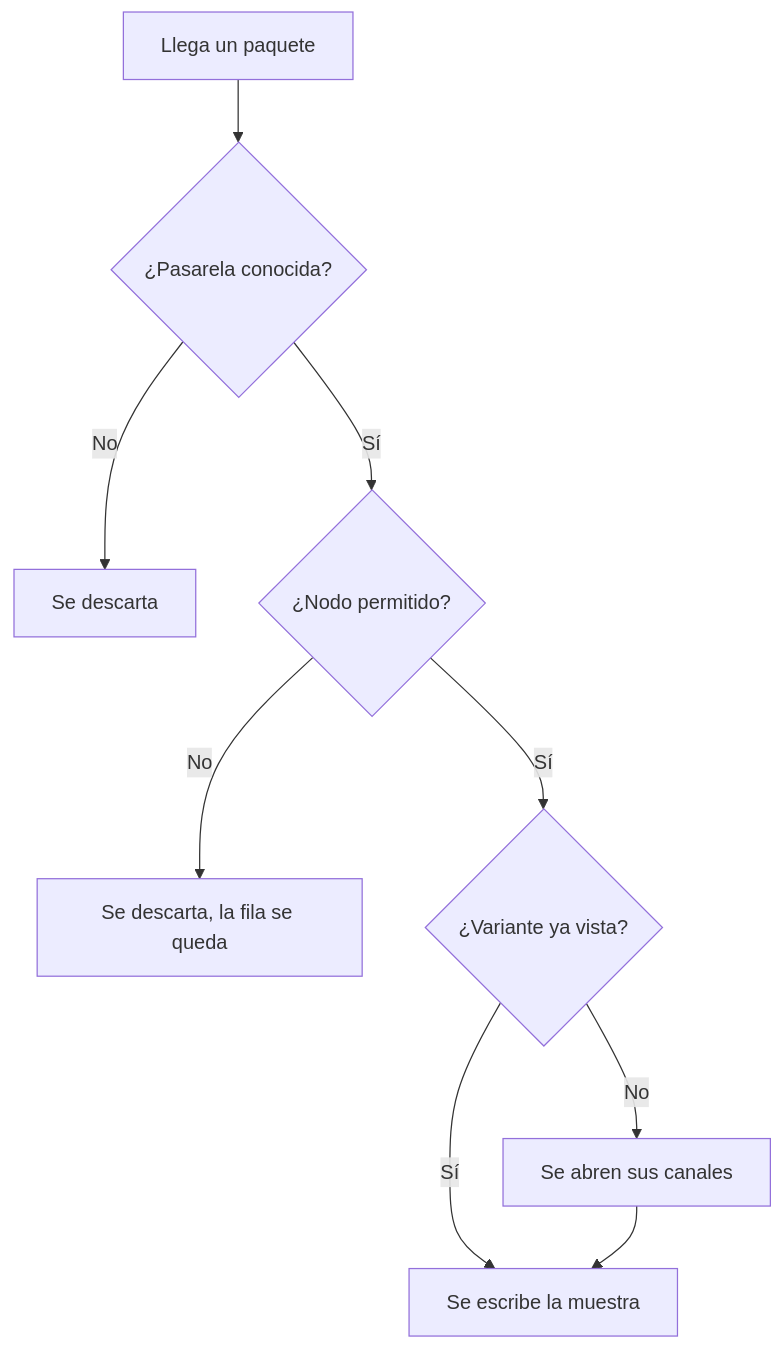
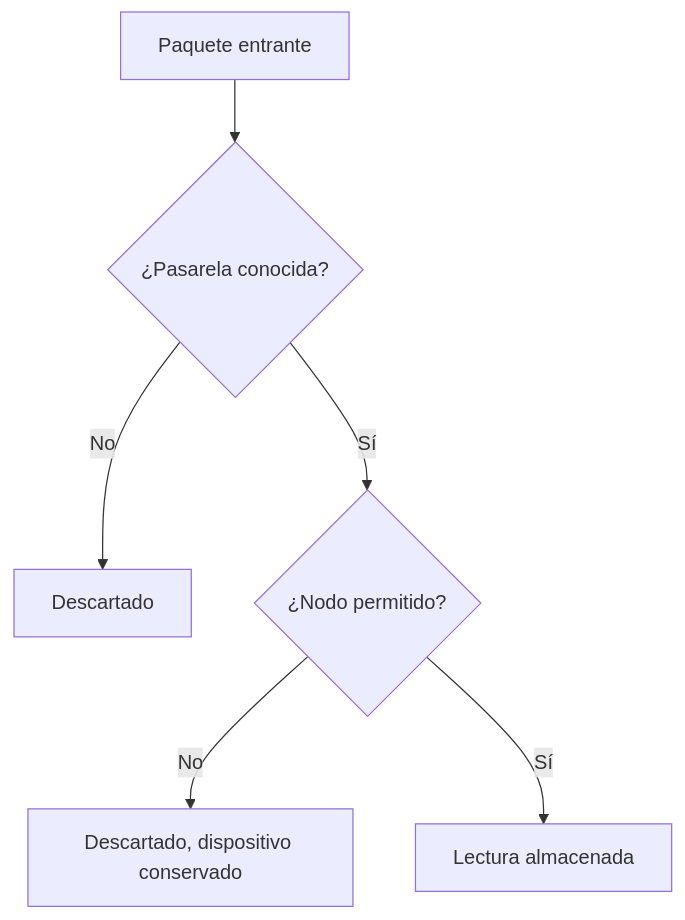
The diagram in apps/web/content/docs/es/devices.mdx (sensical-coop/mesh-things-apps), drawn with Mermaid before and after one commit. The commit also changed other lines of this file and 27 other files, not shown here.

````diff
--- a/apps/web/content/docs/es/devices.mdx
+++ b/apps/web/content/docs/es/devices.mdx
@@ -10,11 +10,8 @@
 ```mermaid
 flowchart TD
-  packet["Llega un paquete"] --> known{"¿Pasarela conocida?"}
-  known -->|No| drop1["Se descarta"]
+  packet["Paquete entrante"] --> known{"¿Pasarela conocida?"}
+  known -->|No| dropped["Descartado"]
   known -->|Sí| allowed{"¿Nodo permitido?"}
-  allowed -->|No| drop2["Se descarta, la fila se queda"]
-  allowed -->|Sí| seen{"¿Variante ya vista?"}
-  seen -->|No| open["Se abren sus canales"]
-  seen -->|Sí| store["Se escribe la muestra"]
-  open --> store
+  allowed -->|No| rejected["Descartado, dispositivo conservado"]
+  allowed -->|Sí| stored["Lectura almacenada"]
 ```
````
